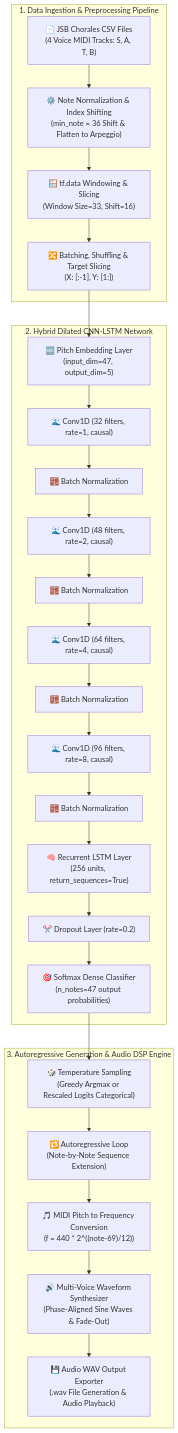
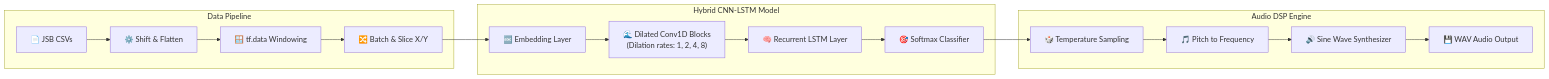
One commit to Wissem-Sahli-Engineer/Bach_with_CNN-LSTM_Networks changed the diagram in README.md. Above: the diagram before and after it, drawn with Mermaid. The commit also changed other lines of this file and 2 other files, not shown here.

Commit message:
docs: update README with streamlined project description and simplified architecture visualization

````diff
--- a/README.md
+++ b/README.md
@@ -27,34 +24,22 @@
 ```mermaid
-graph TD
-    %% Dataset & Pipeline Stage
-    subgraph Data_Pipeline["1. Data Ingestion & Preprocessing Pipeline"]
-        A["📄 JSB Chorales CSV Files<br/>(4 Voice MIDI Tracks: S, A, T, B)"] --> B["⚙️ Note Normalization & Index Shifting<br/>(min_note = 36 Shift & Flatten to Arpeggio)"]
-        B --> C["🪟 tf.data Windowing & Slicing<br/>(Window Size=33, Shift=16)"]
-        C --> D["🔀 Batching, Shuffling & Target Slicing<br/>(X: [:-1], Y: [1:])"]
+graph LR
+    subgraph Pipeline["Data Pipeline"]
+        A["📄 JSB CSVs"] --> B["⚙️ Shift & Flatten"]
+        B --> C["🪟 tf.data Windowing"]
+        C --> D["🔀 Batch & Slice X/Y"]
     end
 
-    %% Deep Learning Neural Network
-    subgraph Deep_Learning_Model["2. Hybrid Dilated CNN-LSTM Network"]
-        D --> E["🔤 Pitch Embedding Layer<br/>(input_dim=47, output_dim=5)"]
-        E --> F1["🌊 Conv1D (32 filters, rate=1, causal)"]
-        F1 --> BN1["🧮 Batch Normalization"]
-        BN1 --> F2["🌊 Conv1D (48 filters, rate=2, causal)"]
-        F2 --> BN2["🧮 Batch Normalization"]
-        BN2 --> F3["🌊 Conv1D (64 filters, rate=4, causal)"]
-        F3 --> BN3["🧮 Batch Normalization"]
-        BN3 --> F4["🌊 Conv1D (96 filters, rate=8, causal)"]
-        F4 --> BN4["🧮 Batch Normalization"]
-        BN4 --> G["🧠 Recurrent LSTM Layer<br/>(256 units, return_sequences=True)"]
-        G --> H["✂️ Dropout Layer (rate=0.2)"]
-        H --> I["🎯 Softmax Dense Classifier<br/>(n_notes=47 output probabilities)"]
+    subgraph Model["Hybrid CNN-LSTM Model"]
+        D --> E["🔤 Embedding Layer"]
+        E --> F["🌊 Dilated Conv1D Blocks<br/>(Dilation rates: 1, 2, 4, 8)"]
+        F --> G["🧠 Recurrent LSTM Layer"]
+        G --> H["🎯 Softmax Classifier"]
     end
 
-    %% Inference & Synthesis Stage
-    subgraph Generation_Synthesis["3. Autoregressive Generation & Audio DSP Engine"]
-        I --> J["🎲 Temperature Sampling<br/>(Greedy Argmax or Rescaled Logits Categorical)"]
-        J --> K["🔁 Autoregressive Loop<br/>(Note-by-Note Sequence Extension)"]
-        K --> L["🎵 MIDI Pitch to Frequency Conversion<br/>(f = 440 * 2^((note-69)/12))"]
-        L --> M["🔊 Multi-Voice Waveform Synthesizer<br/>(Phase-Aligned Sine Waves & Fade-Out)"]
-        M --> N["💾 Audio WAV Output Exporter<br/>(.wav File Generation & Audio Playback)"]
+    subgraph Synthesis["Audio DSP Engine"]
+        H --> I["🎲 Temperature Sampling"]
+        I --> J["🎵 Pitch to Frequency"]
+        J --> K["🔊 Sine Wave Synthesizer"]
+        K --> L["💾 WAV Audio Output"]
     end
 ```
````
